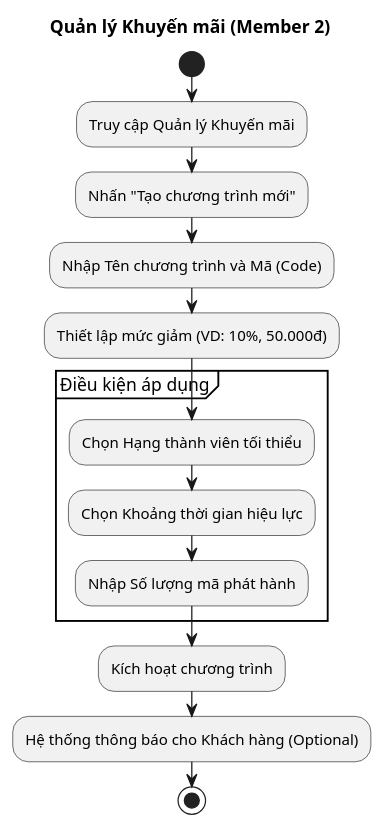
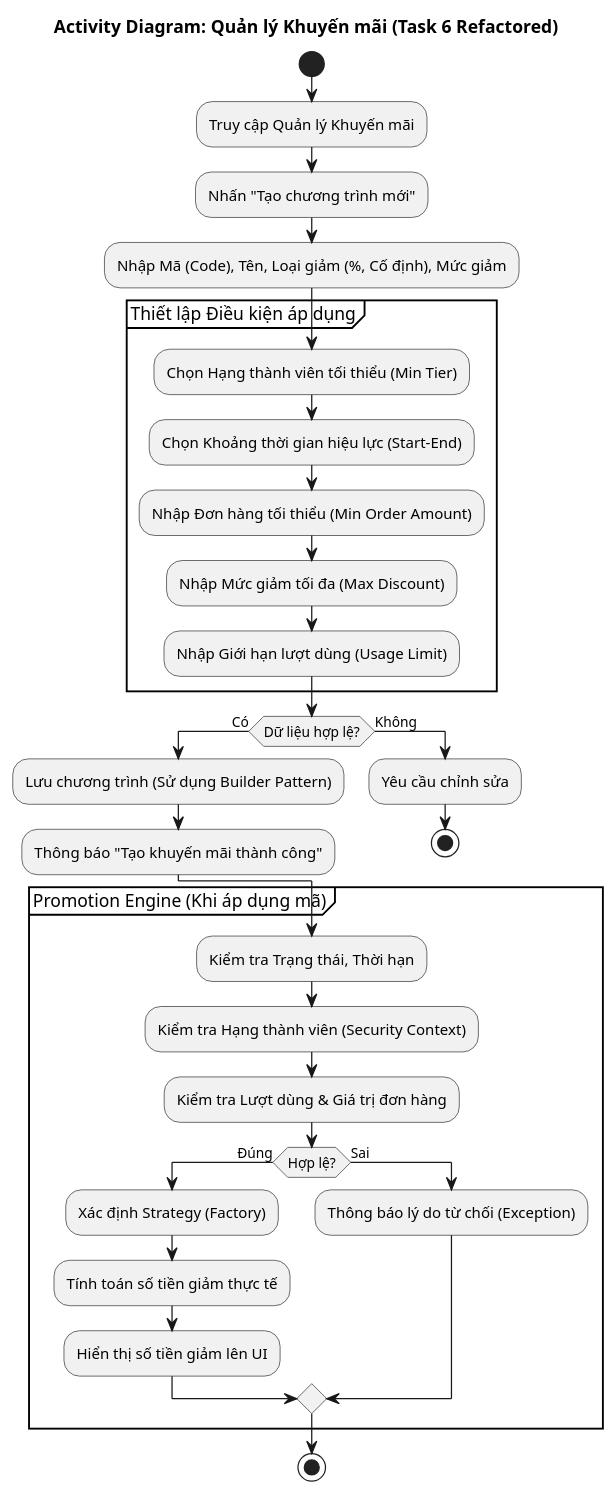
Before and after one commit to vothnha26/Cinema-Management-System: the diagram in uml/activity/manager_manage_promotion.puml, drawn with PlantUML. The commit also changed 9 other files, not shown here.

Commit message:
feat: refactor Promotion Module with Strategy Pattern, integrate Tier Validation and enhanced E2E Ultra Tests

```diff
--- a/uml/activity/manager_manage_promotion.puml
+++ b/uml/activity/manager_manage_promotion.puml
@@ -1,20 +1,41 @@
 @startuml Manager Promotion Activity
-title Quản lý Khuyến mãi (Member 2)
+title Activity Diagram: Quản lý Khuyến mãi (Task 6 Refactored)
 skinparam theme cerulean
 
 start
 :Truy cập Quản lý Khuyến mãi;
 :Nhấn "Tạo chương trình mới";
-:Nhập Tên chương trình và Mã (Code);
-:Thiết lập mức giảm (VD: 10%, 50.000đ);
+:Nhập Mã (Code), Tên, Loại giảm (%, Cố định), Mức giảm;
 
-partition "Điều kiện áp dụng" {
-    :Chọn Hạng thành viên tối thiểu;
-    :Chọn Khoảng thời gian hiệu lực;
-    :Nhập Số lượng mã phát hành;
+partition "Thiết lập Điều kiện áp dụng" {
+    :Chọn Hạng thành viên tối thiểu (Min Tier);
+    :Chọn Khoảng thời gian hiệu lực (Start-End);
+    :Nhập Đơn hàng tối thiểu (Min Order Amount);
+    :Nhập Mức giảm tối đa (Max Discount);
+    :Nhập Giới hạn lượt dùng (Usage Limit);
 }
 
-:Kích hoạt chương trình;
-:Hệ thống thông báo cho Khách hàng (Optional);
+if (Dữ liệu hợp lệ?) then (Có)
+    :Lưu chương trình (Sử dụng Builder Pattern);
+    :Thông báo "Tạo khuyến mãi thành công";
+else (Không)
+    :Yêu cầu chỉnh sửa;
+    stop
+endif
+
+partition "Promotion Engine (Khi áp dụng mã)" {
+    :Kiểm tra Trạng thái, Thời hạn;
+    :Kiểm tra Hạng thành viên (Security Context);
+    :Kiểm tra Lượt dùng & Giá trị đơn hàng;
+    
+    if (Hợp lệ?) then (Đúng)
+        :Xác định Strategy (Factory);
+        :Tính toán số tiền giảm thực tế;
+        :Hiển thị số tiền giảm lên UI;
+    else (Sai)
+        :Thông báo lý do từ chối (Exception);
+    endif
+}
+
 stop
 @enduml
```
